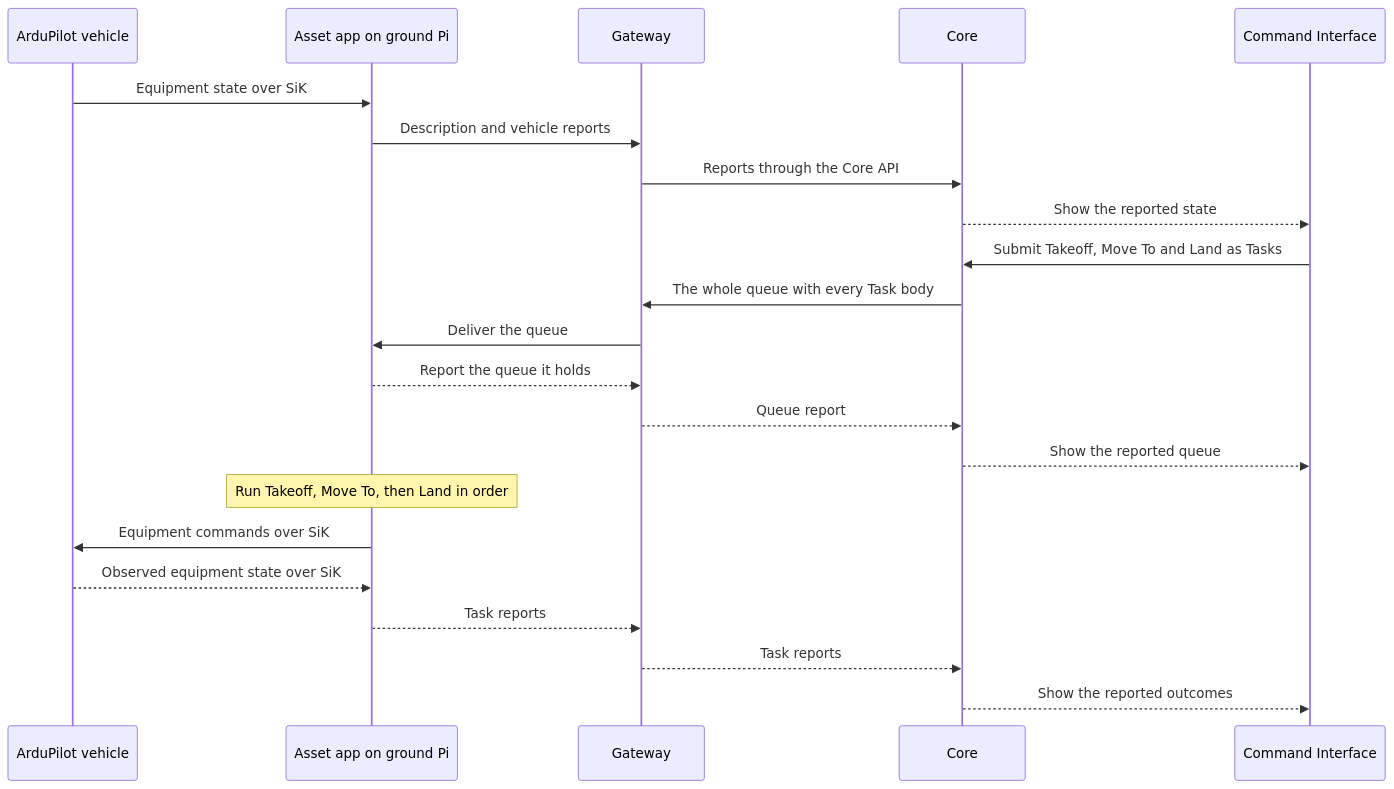
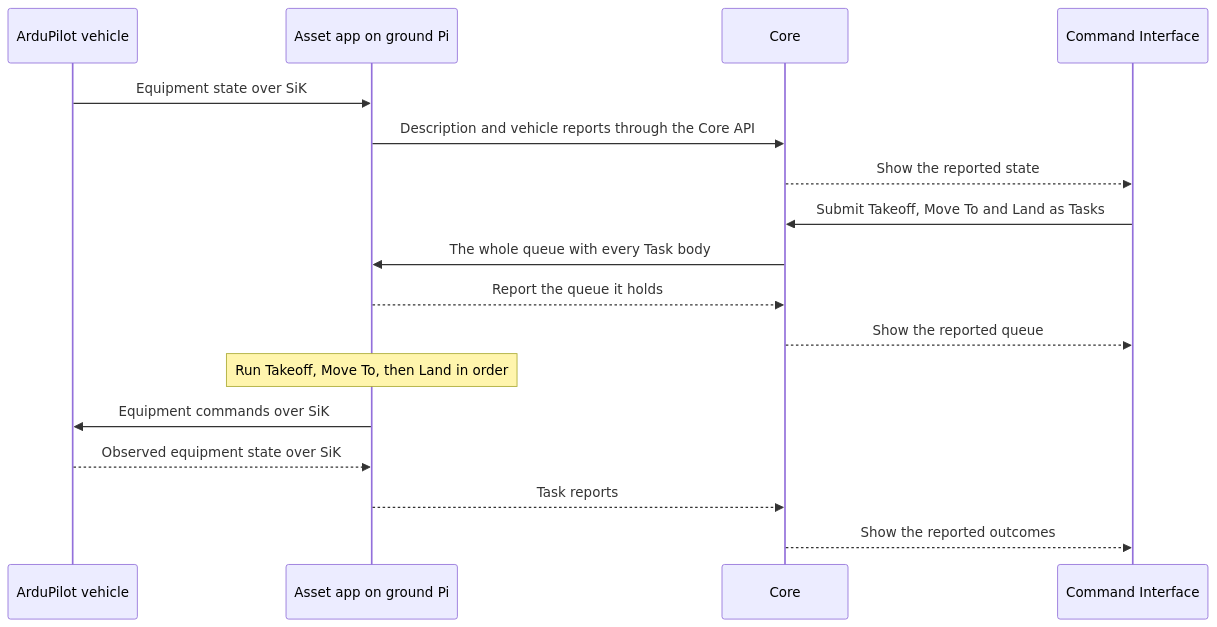
One commit to atlas-field-systems/atlas changed the diagram in atlas/first-flight.md. Above: the diagram before and after it, drawn with Mermaid. The commit also changed other lines of this file and 1 other file, not shown here.

Commit message:
Fly first flight as a direct-IP Asset, with no gateway

````diff
--- a/atlas/first-flight.md
+++ b/atlas/first-flight.md
@@ -37,24 +37,19 @@
 ```mermaid
 sequenceDiagram
     participant Drone as ArduPilot vehicle
     participant Pi as Asset app on ground Pi
-    participant GW as Gateway
     participant Core
     participant UI as Command Interface
     Drone->>Pi: Equipment state over SiK
-    Pi->>GW: Description and vehicle reports
-    GW->>Core: Reports through the Core API
+    Pi->>Core: Description and vehicle reports through the Core API
     Core-->>UI: Show the reported state
     UI->>Core: Submit Takeoff, Move To and Land as Tasks
-    Core->>GW: The whole queue with every Task body
-    GW->>Pi: Deliver the queue
-    Pi-->>GW: Report the queue it holds
-    GW-->>Core: Queue report
+    Core->>Pi: The whole queue with every Task body
+    Pi-->>Core: Report the queue it holds
     Core-->>UI: Show the reported queue
     Note over Pi: Run Takeoff, Move To, then Land in order
     Pi->>Drone: Equipment commands over SiK
     Drone-->>Pi: Observed equipment state over SiK
-    Pi-->>GW: Task reports
-    GW-->>Core: Task reports
+    Pi-->>Core: Task reports
     Core-->>UI: Show the reported outcomes
 ```
````
